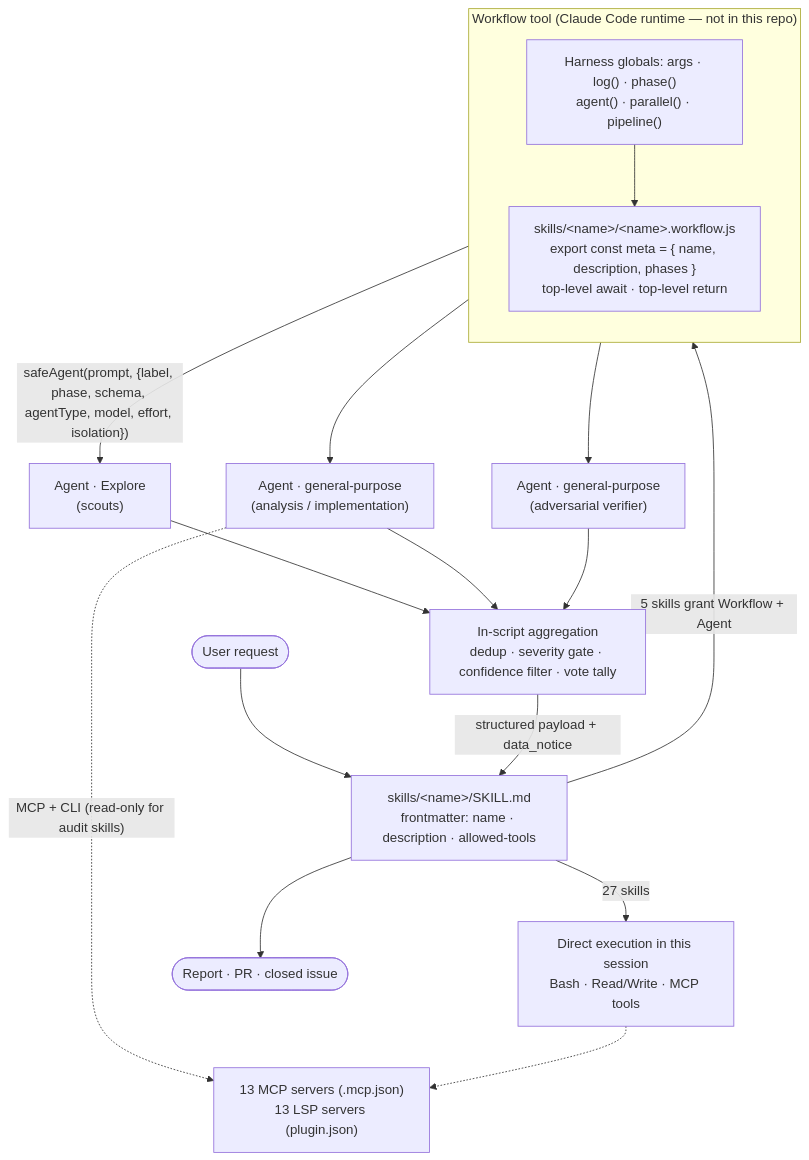
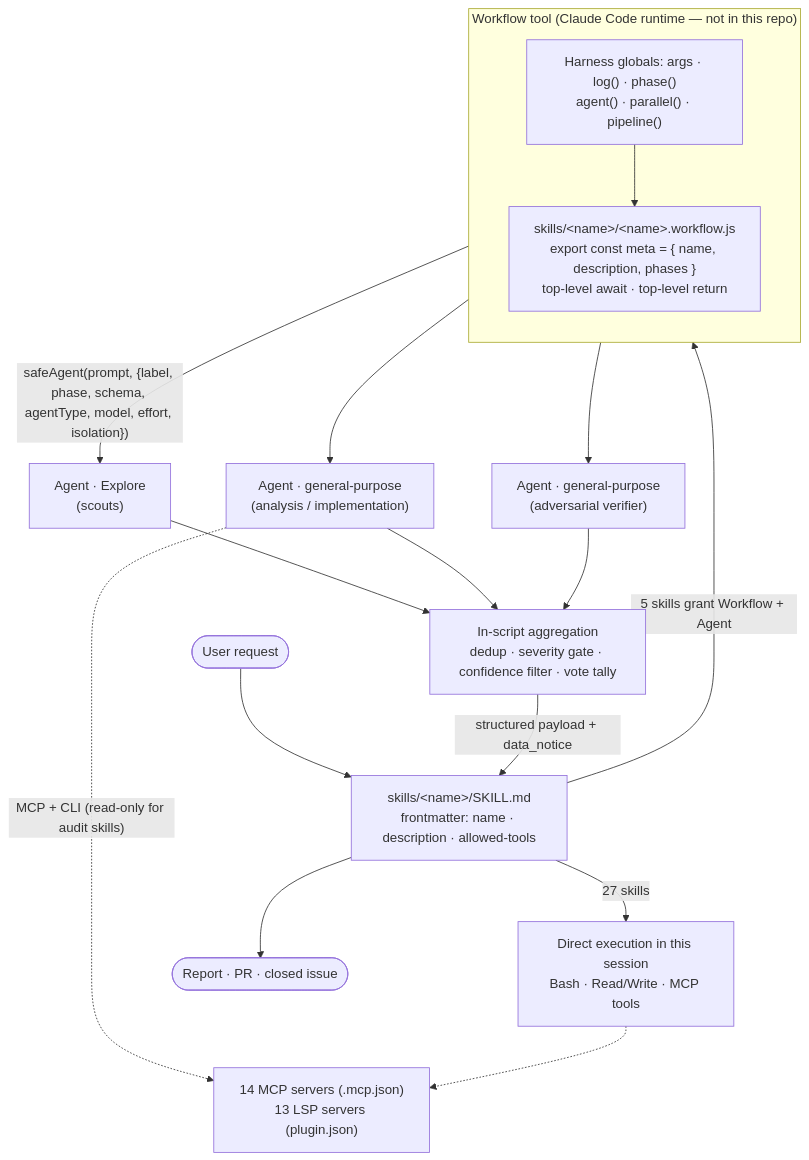
Before and after one commit to Cloud-Officer/claude-code-plugin-dev: the diagram in docs/architecture.md, drawn with Mermaid. The commit also changed other lines of this file and 14 other files, not shown here.

First line of the commit message:
Add xcode MCP server and skill, and wire Xcode tooling into eight skills (#202)

````diff
--- a/docs/architecture.md
+++ b/docs/architecture.md
@@ -49,25 +49,25 @@
 ```mermaid
 flowchart TB
     U([User request]) --> S["skills/&lt;name&gt;/SKILL.md<br/>frontmatter: name · description · allowed-tools"]
 
     S -->|27 skills| D["Direct execution in this session<br/>Bash · Read/Write · MCP tools"]
 
     S -->|"5 skills grant Workflow + Agent"| W
 
     subgraph W["Workflow tool (Claude Code runtime — not in this repo)"]
         direction TB
         H["Harness globals: args · log() · phase()<br/>agent() · parallel() · pipeline()"]
         H --> SC["skills/&lt;name&gt;/&lt;name&gt;.workflow.js<br/>export const meta = { name, description, phases }<br/>top-level await · top-level return"]
     end
 
     SC -->|"safeAgent(prompt, {label, phase, schema, agentType, model, effort, isolation})"| A1["Agent · Explore<br/>(scouts)"]
     SC --> A2["Agent · general-purpose<br/>(analysis / implementation)"]
     SC --> A3["Agent · general-purpose<br/>(adversarial verifier)"]
 
     A1 & A2 & A3 --> AGG["In-script aggregation<br/>dedup · severity gate · confidence filter · vote tally"]
     AGG -->|structured payload + data_notice| S
     S --> R([Report · PR · closed issue])
 
-    A2 -.->|"MCP + CLI (read-only for audit skills)"| EXT["13 MCP servers (.mcp.json)<br/>13 LSP servers (plugin.json)"]
+    A2 -.->|"MCP + CLI (read-only for audit skills)"| EXT["14 MCP servers (.mcp.json)<br/>13 LSP servers (plugin.json)"]
     D -.-> EXT
 ```
````
